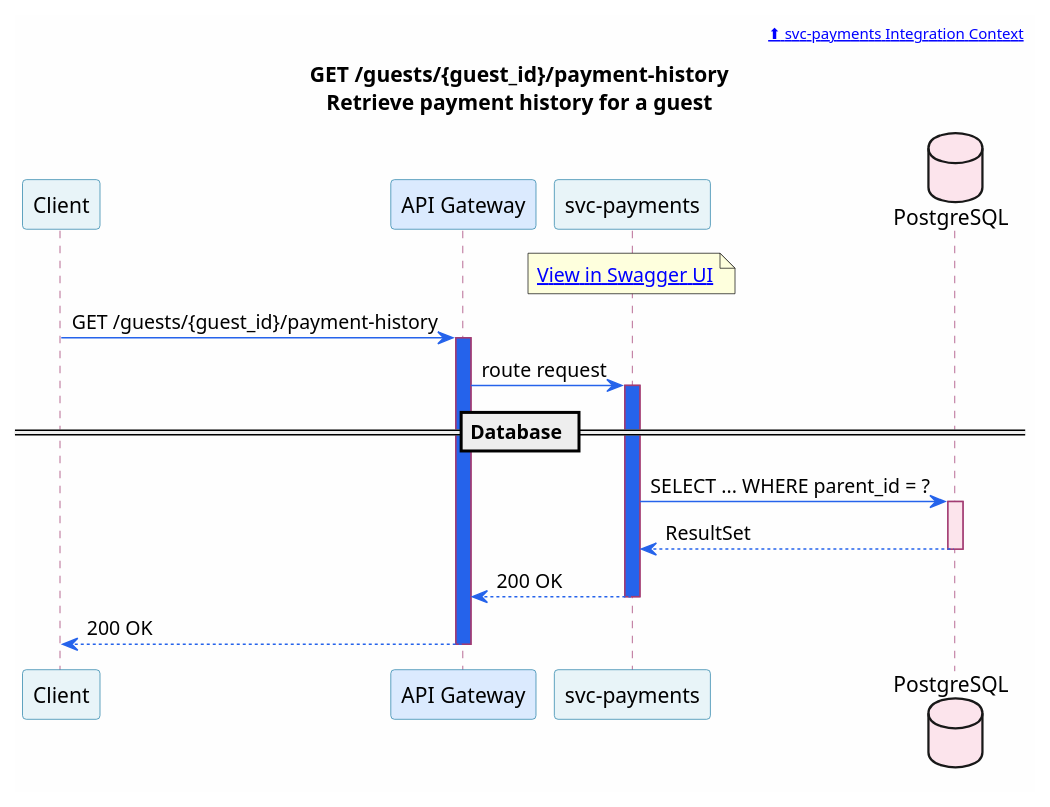
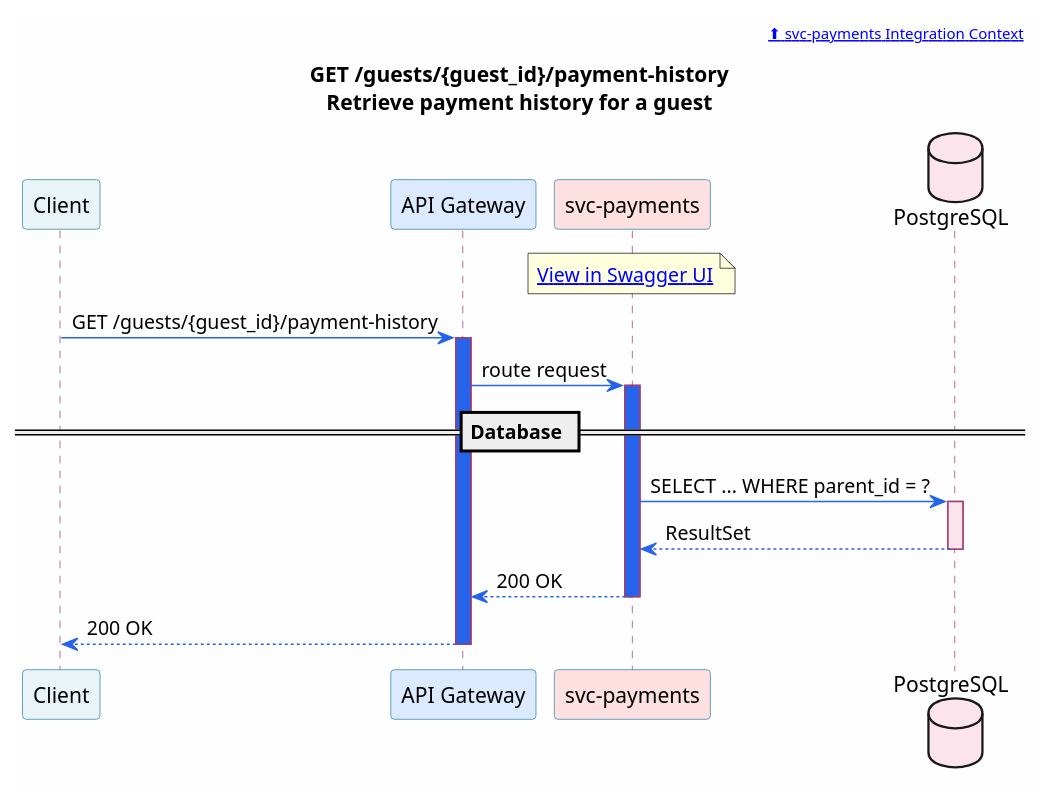
One commit to christopherblaisdell/continuous-architecture-platform-poc changed the diagram in portal/docs/microservices/puml/svc-payments--get-guests-guest_id-payment-history.puml. Above: the diagram before and after it, drawn with PlantUML. The commit also changed 60 other files, not shown here.

First line of the commit message:
PCI DSS compliance zone with Payment Gateway and red data flow lines

```diff
--- a/portal/docs/microservices/puml/svc-payments--get-guests-guest_id-payment-history.puml
+++ b/portal/docs/microservices/puml/svc-payments--get-guests-guest_id-payment-history.puml
@@ -1,47 +1,47 @@
 @startuml svc-payments--get-guests-guest_id-payment-history
 
 skinparam backgroundColor #FEFEFE
 skinparam shadowing false
 skinparam defaultFontName "Segoe UI"
 skinparam sequence {
     ArrowColor #2563eb
     ParticipantBorderColor #2E86AB
     ParticipantBackgroundColor #E8F4F8
     LifeLineBorderColor #A23B72
     BoxBorderColor #F18F01
     BoxBackgroundColor #FFF8F0
     NoteBorderColor #c77b30
     NoteBackgroundColor #FEF3E7
 }
 
 header [[/microservices/svc-payments/#integration-context ⬆ svc-payments Integration Context]]
 
 title GET /guests/{guest_id}/payment-history\nRetrieve payment history for a guest
 
 participant "Client" as Client [[/applications/]]
 participant "API Gateway" as GW #DBEAFE
-participant "svc-payments" as Svc [[/microservices/svc-payments/]] #E8F4F8
+participant "svc-payments" as Svc [[/microservices/svc-payments/]] #FFE0E0
 database "PostgreSQL" as DB #FCE4EC
 
 note over Svc
   [[/services/api/svc-payments.html#/Payments/getGuestPaymentHistory View in Swagger UI]]
 end note
 
 Client -> GW : GET /guests/{guest_id}/payment-history
 activate GW #2563eb
 GW -> Svc : route request
 activate Svc #2563eb
 
 == Database ==
 
 Svc -> DB : SELECT ... WHERE parent_id = ?
 activate DB #FCE4EC
 DB --> Svc : ResultSet
 deactivate DB
 
 Svc --> GW : 200 OK
 deactivate Svc
 GW --> Client : 200 OK
 deactivate GW
 
 @enduml
```
